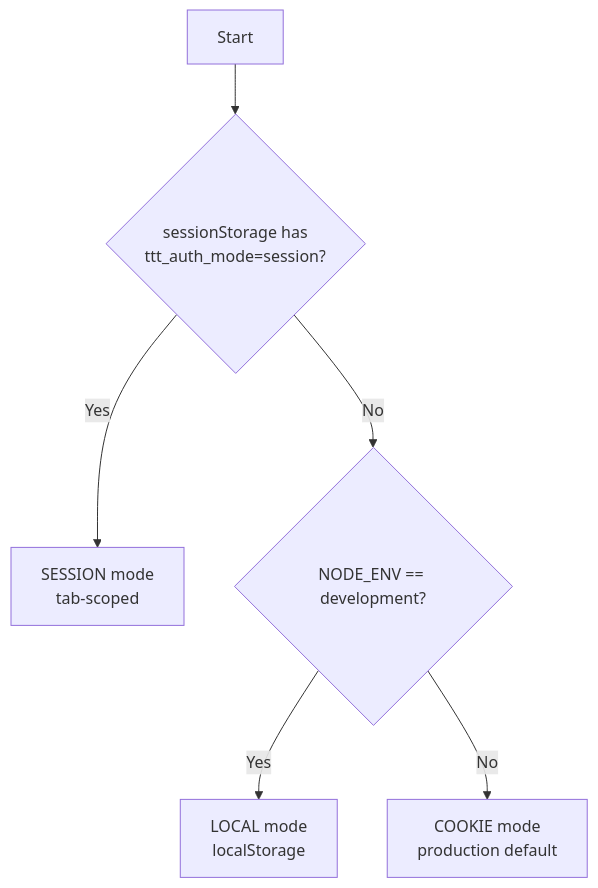
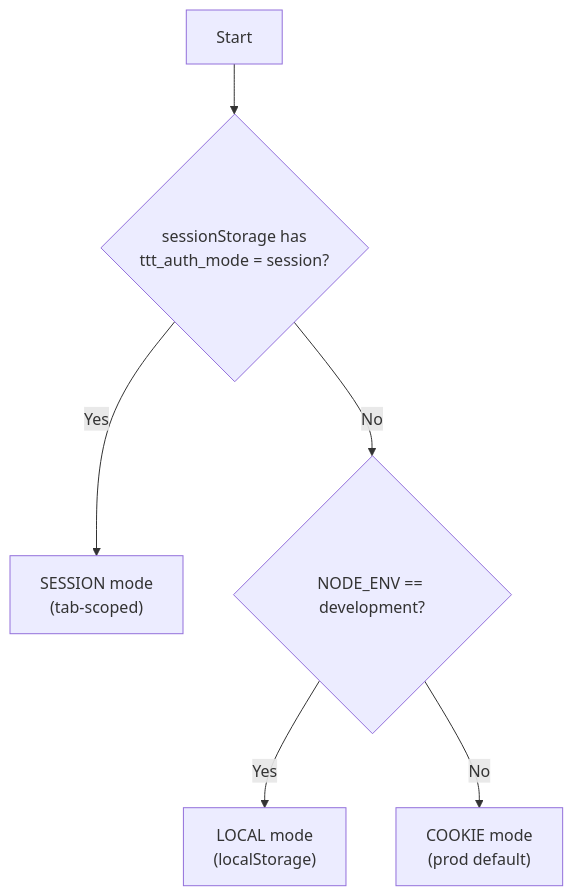
The second of 2 diagrams in AUTH_STORAGE_ARCHITECTURE.md (anthonynarine/tic_tac_toe), drawn with Mermaid before and after one commit. The commit also changed other lines of this file and 1 other file, not shown here.

````diff
--- a/AUTH_STORAGE_ARCHITECTURE.md
+++ b/AUTH_STORAGE_ARCHITECTURE.md
@@ -75,8 +81,12 @@
 ```mermaid
 flowchart TD
-  A[Start] --> B{sessionStorage has<br/>ttt_auth_mode=session?}
-  B -- Yes --> S[SESSION mode<br/>tab-scoped]
-  B -- No --> C{NODE_ENV == development?}
-  C -- Yes --> L[LOCAL mode<br/>localStorage]
-  C -- No --> K[COOKIE mode<br/>production default]
+  A["Start"] --> B{"sessionStorage has
+ ttt_auth_mode = session?"}
+  B -- Yes --> S["SESSION mode
+(tab-scoped)"]
+  B -- No --> C{"NODE_ENV == development?"}
+  C -- Yes --> L["LOCAL mode
+(localStorage)"]
+  C -- No --> K["COOKIE mode
+(prod default)"]
 ```
````
